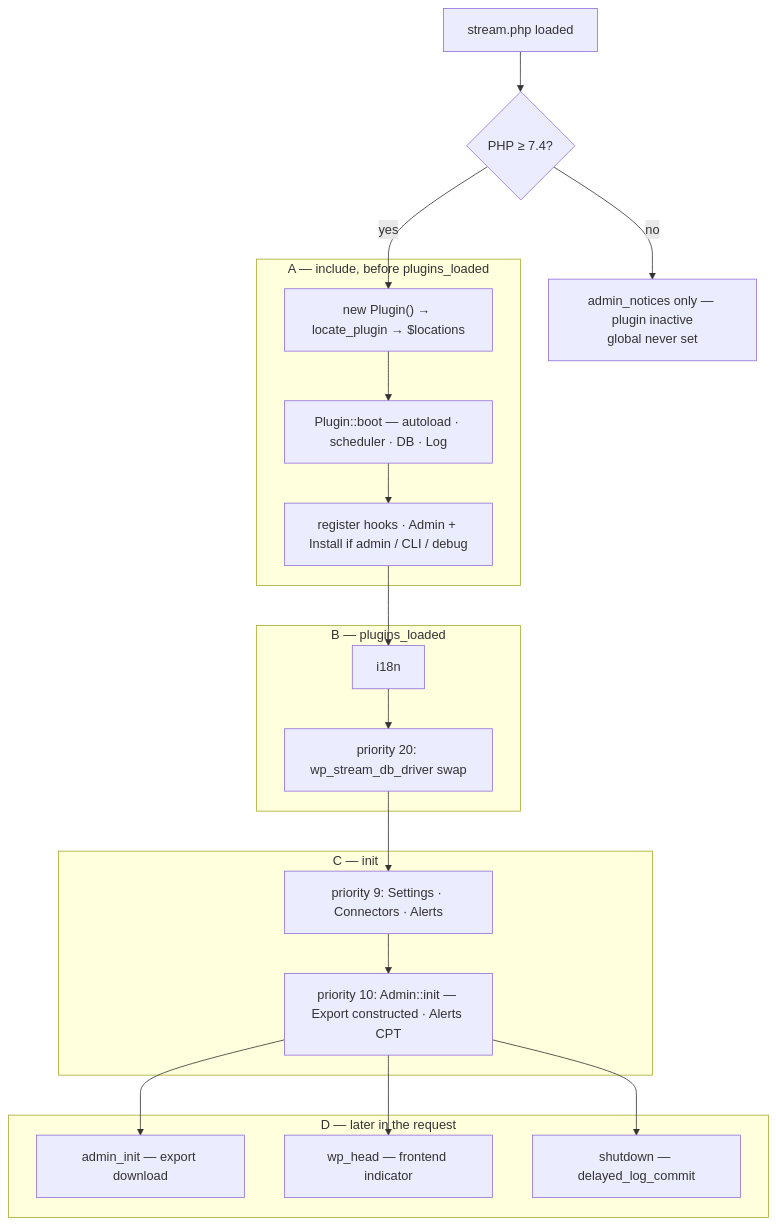
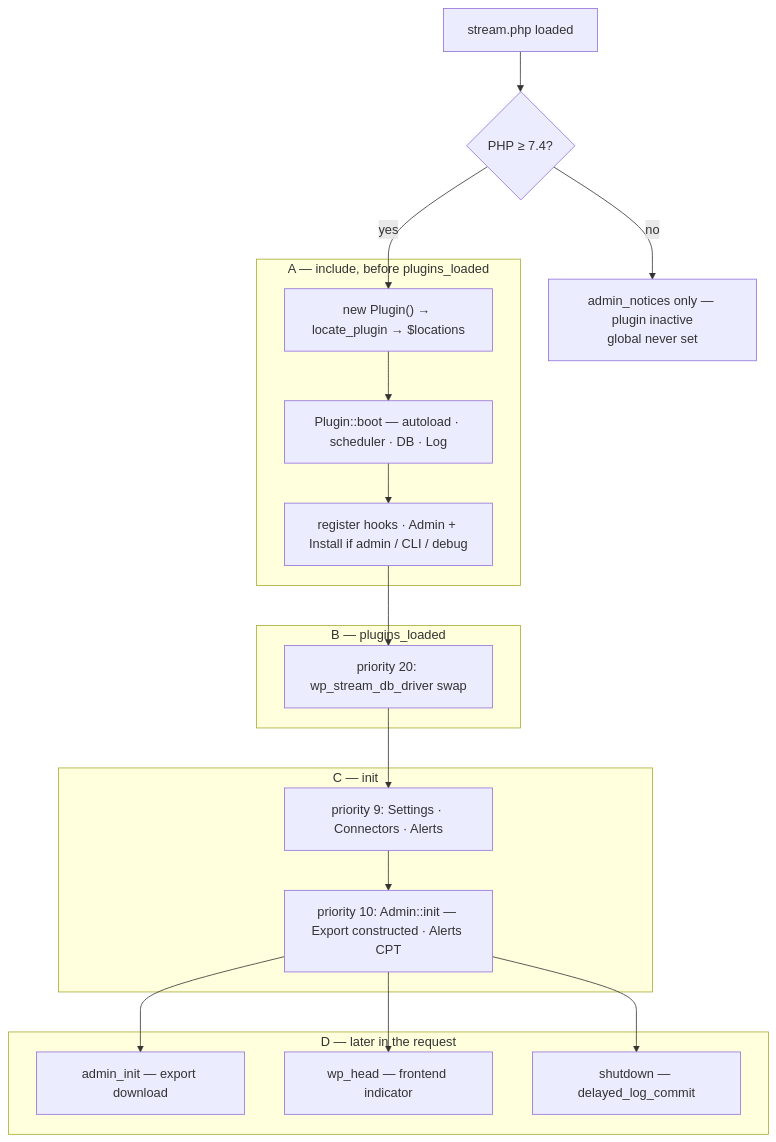
The diagram in ARCHITECTURE.md (xwp/stream), drawn with Mermaid before and after one commit. The commit also changed other lines of this file and 9 other files, not shown here.

````diff
--- a/ARCHITECTURE.md
+++ b/ARCHITECTURE.md
@@ -13,37 +13,35 @@
 ```mermaid
 flowchart TD
   start[stream.php loaded] --> php{PHP ≥ 7.4?}
   php -->|no| fail["admin_notices only — plugin inactive<br/>global never set"]
   php -->|yes| a1
 
   subgraph phaseA["A — include, before plugins_loaded"]
     a1["new Plugin() → locate_plugin → $locations"]
     a2["Plugin::boot — autoload · scheduler · DB · Log"]
     a3["register hooks · Admin + Install if admin / CLI / debug"]
     a1 --> a2 --> a3
   end
 
   subgraph phaseB["B — plugins_loaded"]
-    b1[i18n]
-    b2["priority 20: wp_stream_db_driver swap"]
-    b1 --> b2
+    b1["priority 20: wp_stream_db_driver swap"]
   end
 
   subgraph phaseC["C — init"]
     c1["priority 9: Settings · Connectors · Alerts"]
     c2["priority 10: Admin::init — Export constructed · Alerts CPT"]
     c1 --> c2
   end
 
   subgraph phaseD["D — later in the request"]
     d1["admin_init — export download"]
     d2["wp_head — frontend indicator"]
     d3["shutdown — delayed_log_commit"]
   end
 
   a3 --> b1
-  b2 --> c1
+  b1 --> c1
   c2 --> d1
   c2 --> d2
   c2 --> d3
 ```
````
